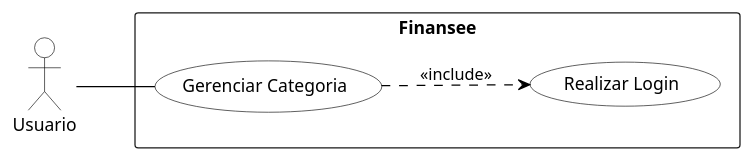
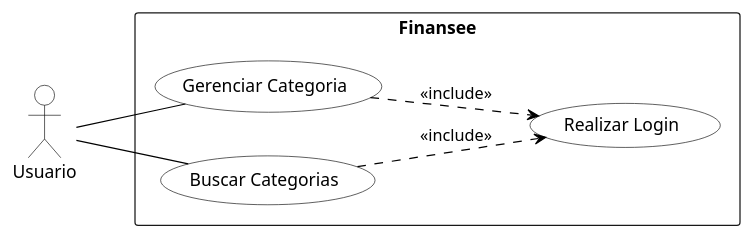
The diagram in documents/use_case_diagram/category_use_case_diagram/categoria_diagrama_caso_de_uso.puml (LucasMairon/FinanSee), drawn with PlantUML before and after one commit. The commit also changed 1 other file, not shown here.

Commit message:
docs: updating category use case diagram

```diff
--- a/documents/use_case_diagram/category_use_case_diagram/categoria_diagrama_caso_de_uso.puml
+++ b/documents/use_case_diagram/category_use_case_diagram/categoria_diagrama_caso_de_uso.puml
@@ -1,23 +1,26 @@
 @startuml
 
 left to right direction
 
 skinparam ActorBorderColor black
 skinparam ActorBackgroundColor white
 skinparam UsecaseBackgroundColor white
 skinparam UsecaseBorderColor black
 skinparam ArrowColor black
 
 rectangle "Finansee" {
     (Realizar Login) as realizar_login
     (Gerenciar Categoria) as gerenciar_categoria
+    (Buscar Categorias) as buscar_categorias
 }
 
 :Usuario: as usuario 
 
 usuario -- gerenciar_categoria
+usuario -- buscar_categorias
 
 gerenciar_categoria ..> realizar_login: <<include>>
+buscar_categorias ..> realizar_login: <<include>>
 
 
 @enduml
```
